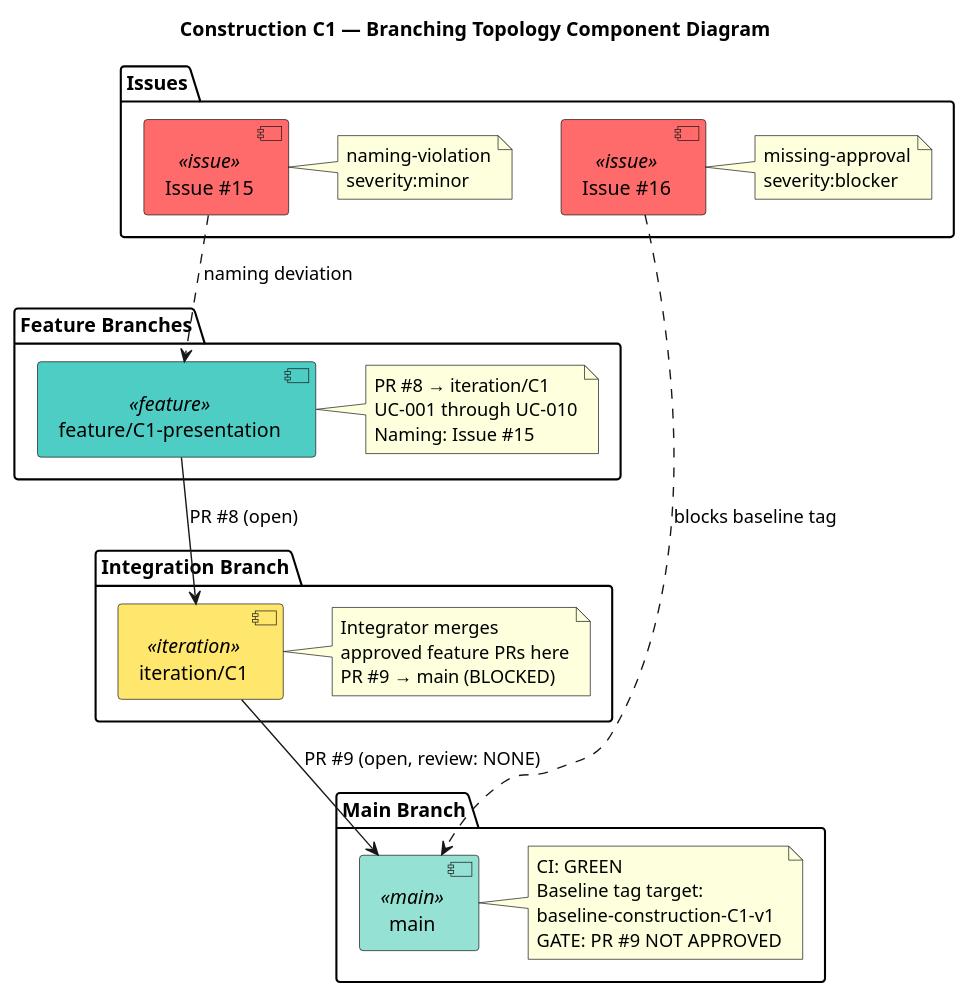
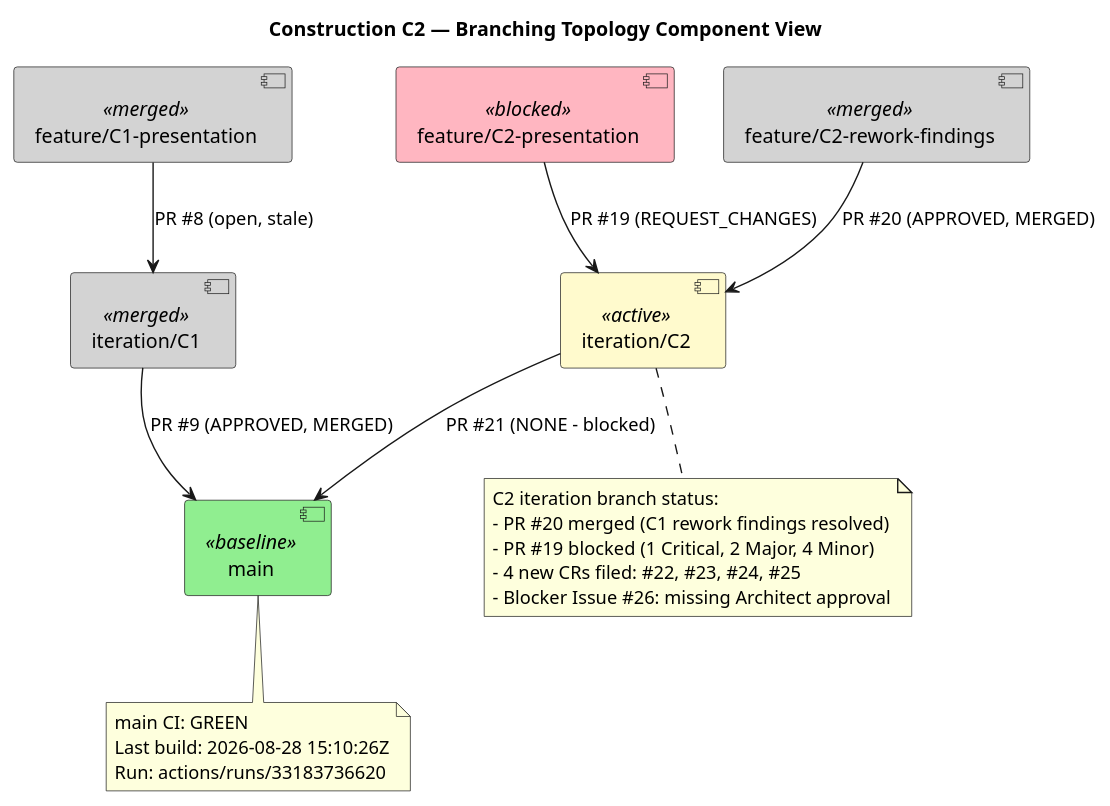
The first of 2 diagrams in docs/BRANCHING_STRATEGY.md (banense-test/portal-cuba-corp), drawn with PlantUML before and after one commit. The commit also changed other lines of this file, not shown here.

First line of the commit message:
Update BRANCHING_STRATEGY.md — C1 baseline tagged, C2 gate blocked (Issue #26)

````diff
--- a/docs/BRANCHING_STRATEGY.md
+++ b/docs/BRANCHING_STRATEGY.md
@@ -72,40 +64,41 @@
 ```plantuml
-@startuml Branching_Topology_C1
-title Construction C1 — Branching Topology Component Diagram
+@startuml
+title Construction C2 — Branching Topology Component View
 
 skinparam component {
-  BackgroundColor<<feature>> #4ECDC4
-  BackgroundColor<<iteration>> #FFE66D
-  BackgroundColor<<main>> #95E1D3
-  BackgroundColor<<issue>> #FF6B6B
+  BackgroundColor<<baseline>> #90EE90
+  BackgroundColor<<blocked>> #FFB6C1
+  BackgroundColor<<merged>> #D3D3D3
+  BackgroundColor<<active>> #FFFACD
 }
 
-package "Feature Branches" {
-  [feature/C1-presentation] as FEAT1 <<feature>>
-  note right of FEAT1: PR #8 → iteration/C1\nUC-001 through UC-010\nNaming: Issue #15
-}
+component "main" as main <<baseline>>
+component "iteration/C1" as iter_c1 <<merged>>
+component "iteration/C2" as iter_c2 <<active>>
+component "feature/C1-presentation" as feat_c1 <<merged>>
+component "feature/C2-presentation" as feat_c2 <<blocked>>
+component "feature/C2-rework-findings" as feat_c2_rework <<merged>>
 
-package "Integration Branch" {
-  [iteration/C1] as ITER1 <<iteration>>
-  note right of ITER1: Integrator merges\napproved feature PRs here\nPR #9 → main (BLOCKED)
-}
+feat_c1 --> iter_c1 : PR #8 (open, stale)
+iter_c1 --> main : PR #9 (APPROVED, MERGED)
 
-package "Main Branch" {
-  [main] as MAIN <<main>>
-  note right of MAIN: CI: GREEN\nBaseline tag target:\nbaseline-construction-C1-v1\nGATE: PR #9 NOT APPROVED
-}
+feat_c2 --> iter_c2 : PR #19 (REQUEST_CHANGES)
+feat_c2_rework --> iter_c2 : PR #20 (APPROVED, MERGED)
+iter_c2 --> main : PR #21 (NONE - blocked)
 
-package "Issues" {
-  [Issue #15] as I15 <<issue>>
-  [Issue #16] as I16 <<issue>>
-  note right of I15: naming-violation\nseverity:minor
-  note right of I16: missing-approval\nseverity:blocker
-}
+note bottom of iter_c2
+  C2 iteration branch status:
+  - PR #20 merged (C1 rework findings resolved)
+  - PR #19 blocked (1 Critical, 2 Major, 4 Minor)
+  - 4 new CRs filed: #22, #23, #24, #25
+  - Blocker Issue #26: missing Architect approval
+end note
 
-FEAT1 --> ITER1 : PR #8 (open)
-ITER1 --> MAIN : PR #9 (open, review: NONE)
-I16 ..> MAIN : blocks baseline tag
-I15 ..> FEAT1 : naming deviation
+note bottom of main
+  main CI: GREEN
+  Last build: 2026-08-28 15:10:26Z
+  Run: actions/runs/33183736620
+end note
 
 @enduml
 ```
````
